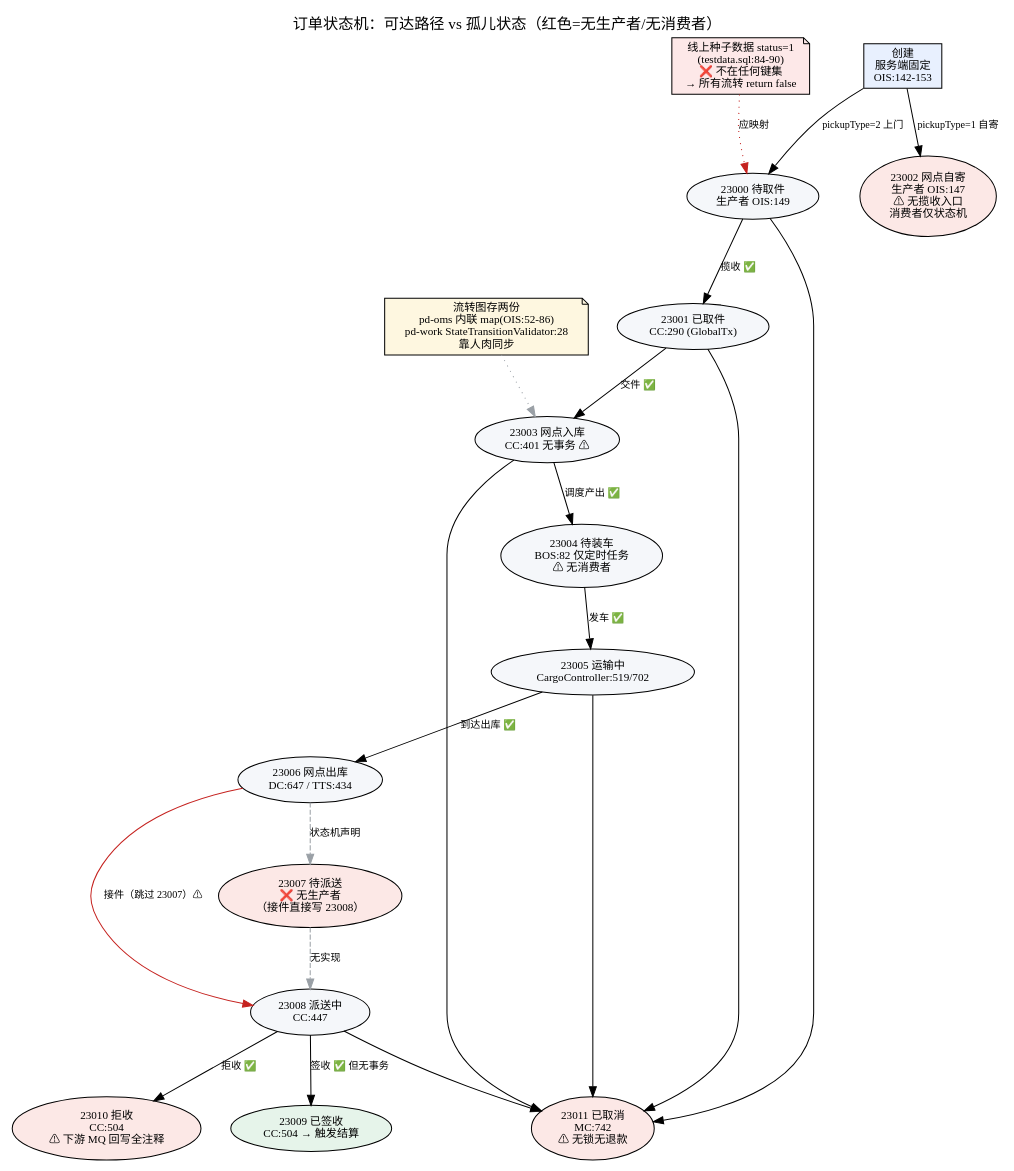
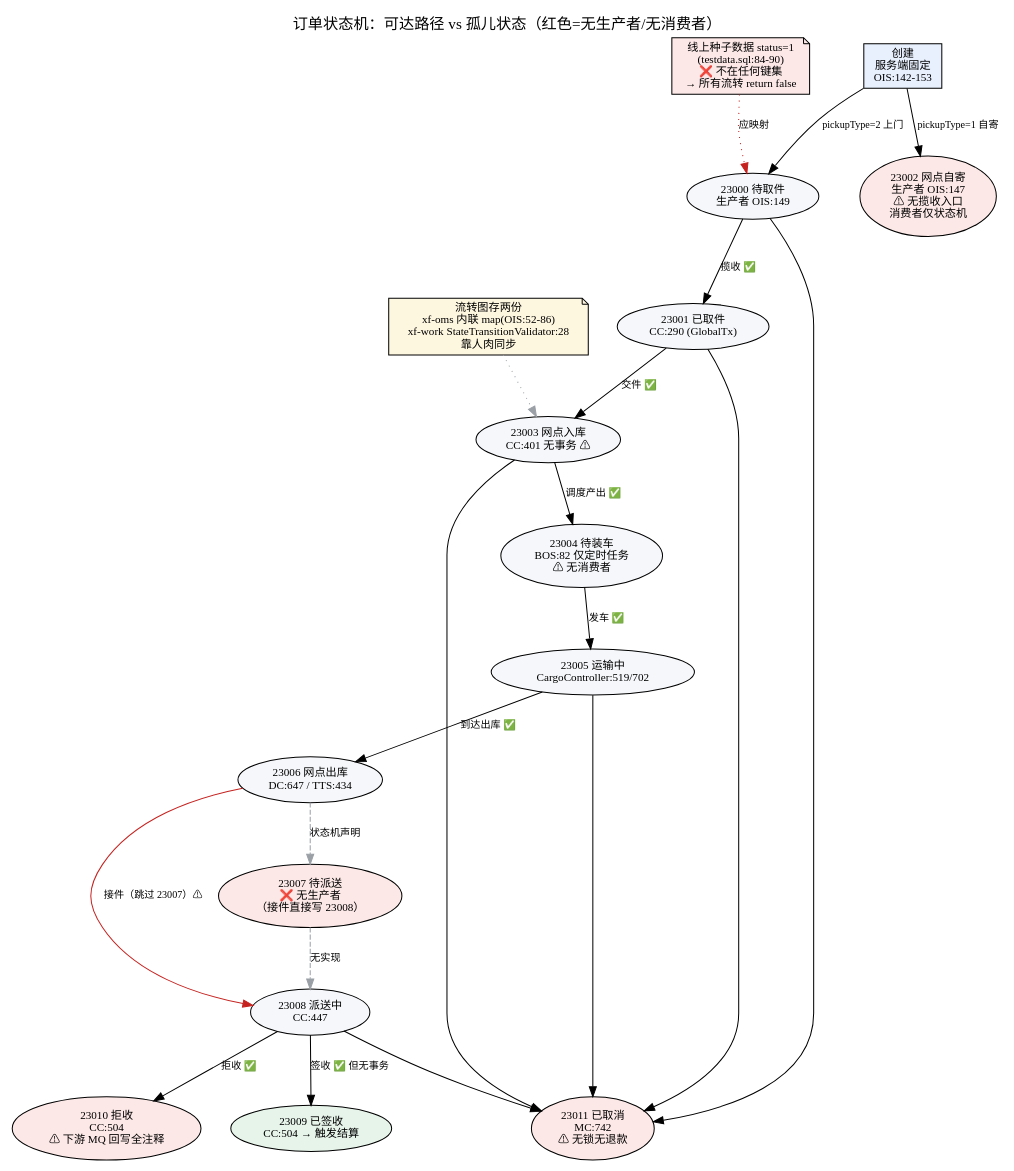
Before and after one commit to itxinfei/pinda-tms: the diagram in docs/architecture/order-lifecycle.dot, drawn with Graphviz. The commit also changed 26 other files, not shown here.

```diff
--- a/docs/architecture/order-lifecycle.dot
+++ b/docs/architecture/order-lifecycle.dot
@@ -1,41 +1,41 @@
 // 订单状态机 current-state（枚举 23000-23011，证据：OrderStatus.java:13-71 / OrderServiceImpl.java:52-129）
 // 实线=有代码生产者且有校验；虚线=仅状态机声明但无生产者；红色=孤儿状态或断链
 digraph order_lifecycle {
   rankdir=TB; nodesep=0.4; ranksep=0.7;
   graph [fontname="Microsoft YaHei", fontsize=15, labelloc=t,
          label="订单状态机：可达路径 vs 孤儿状态（红色=无生产者/无消费者）"];
   node [fontname="Microsoft YaHei", fontsize=11, shape=ellipse, style=filled, fillcolor="#f5f7fa"];
   edge [fontname="Microsoft YaHei", fontsize=10];
 
   s0 [label="创建\n服务端固定\nOIS:142-153", shape=box, fillcolor="#e8f0fe"];
   s23000 [label="23000 待取件\n生产者 OIS:149"];
   s23002 [label="23002 网点自寄\n生产者 OIS:147\n⚠ 无揽收入口\n消费者仅状态机", fillcolor="#fce8e6"];
   s23001 [label="23001 已取件\nCC:290 (GlobalTx)"];
   s23003 [label="23003 网点入库\nCC:401 无事务 ⚠"];
   s23004 [label="23004 待装车\nBOS:82 仅定时任务\n⚠ 无消费者"];
   s23005 [label="23005 运输中\nCargoController:519/702"];
   s23006 [label="23006 网点出库\nDC:647 / TTS:434"];
   s23007 [label="23007 待派送\n❌ 无生产者\n（接件直接写 23008）", fillcolor="#fce8e6"];
   s23008 [label="23008 派送中\nCC:447"];
   s23009 [label="23009 已签收\nCC:504 → 触发结算", fillcolor="#e6f4ea"];
   s23010 [label="23010 拒收\nCC:504\n⚠ 下游 MQ 回写全注释", fillcolor="#fce8e6"];
   s23011 [label="23011 已取消\nMC:742\n⚠ 无锁无退款", fillcolor="#fce8e6"];
   seed [label="线上种子数据 status=1\n(testdata.sql:84-90)\n❌ 不在任何键集\n→ 所有流转 return false", shape=note, fillcolor="#fde8e8"];
-  dup [label="流转图存两份\npd-oms 内联 map(OIS:52-86)\npd-work StateTransitionValidator:28\n靠人肉同步", shape=note, fillcolor="#fef7e0"];
+  dup [label="流转图存两份\nxf-oms 内联 map(OIS:52-86)\nxf-work StateTransitionValidator:28\n靠人肉同步", shape=note, fillcolor="#fef7e0"];
 
   s0 -> s23000 [label="pickupType=2 上门"];
   s0 -> s23002 [label="pickupType=1 自寄"];
   s23000 -> s23001 [label="揽收 ✅"];
   s23001 -> s23003 [label="交件 ✅"];
   s23003 -> s23004 [label="调度产出 ✅"];
   s23004 -> s23005 [label="发车 ✅"];
   s23005 -> s23006 [label="到达出库 ✅"];
   s23006 -> s23008 [label="接件（跳过 23007）⚠", color="#c5221f"];
   s23006 -> s23007 [style=dashed, label="状态机声明", color="#9aa0a6"];
   s23007 -> s23008 [style=dashed, label="无实现", color="#9aa0a6"];
   s23008 -> s23009 [label="签收 ✅ 但无事务"];
   s23008 -> s23010 [label="拒收 ✅"];
   s23000 -> s23011; s23001 -> s23011; s23003 -> s23011; s23005 -> s23011; s23008 -> s23011;
   seed -> s23000 [style=dotted, label="应映射", color="#c5221f"];
   dup -> s23003 [style=dotted, color="#9aa0a6"];
 }
```
